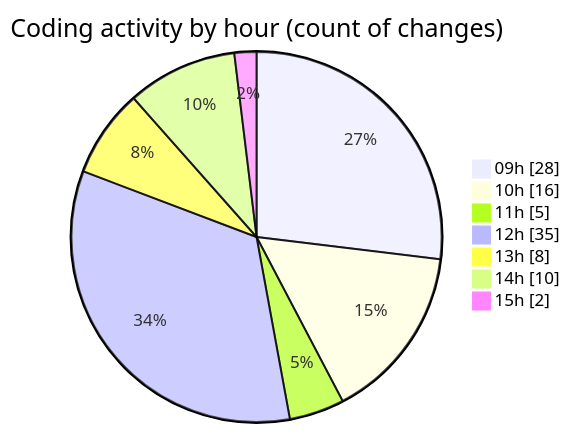
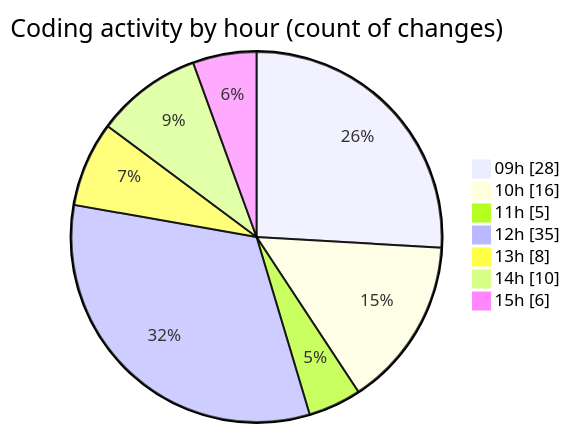
Before and after one commit to momahboobian/code-tracking: the second of 2 diagrams in 2026-04-24/cda/README.md, drawn with Mermaid. The commit also changed other lines of this file and 1 other file, not shown here.

````diff
--- a/2026-04-24/cda/README.md
+++ b/2026-04-24/cda/README.md
@@ -61,11 +63,11 @@
 ```mermaid
 pie showData
 title Coding activity by hour (count of changes)
 "09h" : 28
 "10h" : 16
 "11h" : 5
 "12h" : 35
 "13h" : 8
 "14h" : 10
-"15h" : 2
+"15h" : 6
 ```
````
